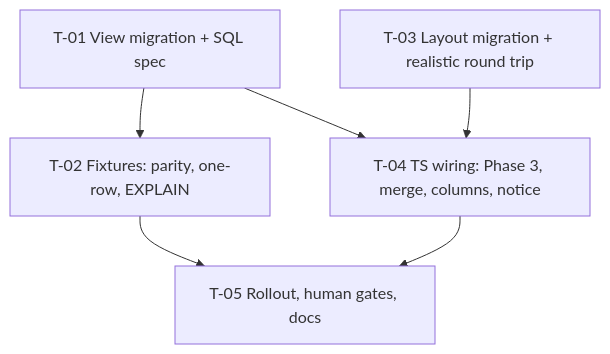
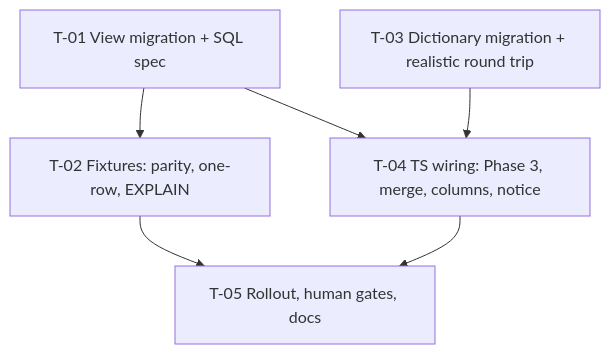
Before and after one commit to AllianceBioversityCIAT/alliance-research-indicators-main: the diagram in docs/specs/innovation-dev/excel-export/tasks.md, drawn with Mermaid. The commit also changed other lines of this file and 3 other files, not shown here.

````diff
--- a/docs/specs/innovation-dev/excel-export/tasks.md
+++ b/docs/specs/innovation-dev/excel-export/tasks.md
@@ -26,8 +25,8 @@
 ```mermaid
 graph TD
   T01[T-01 View migration + SQL spec] --> T02[T-02 Fixtures: parity, one-row, EXPLAIN]
   T01 --> T04[T-04 TS wiring: Phase 3, merge, columns, notice]
-  T03[T-03 Layout migration + realistic round trip] --> T04
+  T03[T-03 Dictionary migration + realistic round trip] --> T04
   T02 --> T05[T-05 Rollout, human gates, docs]
   T04 --> T05
 ```
````
